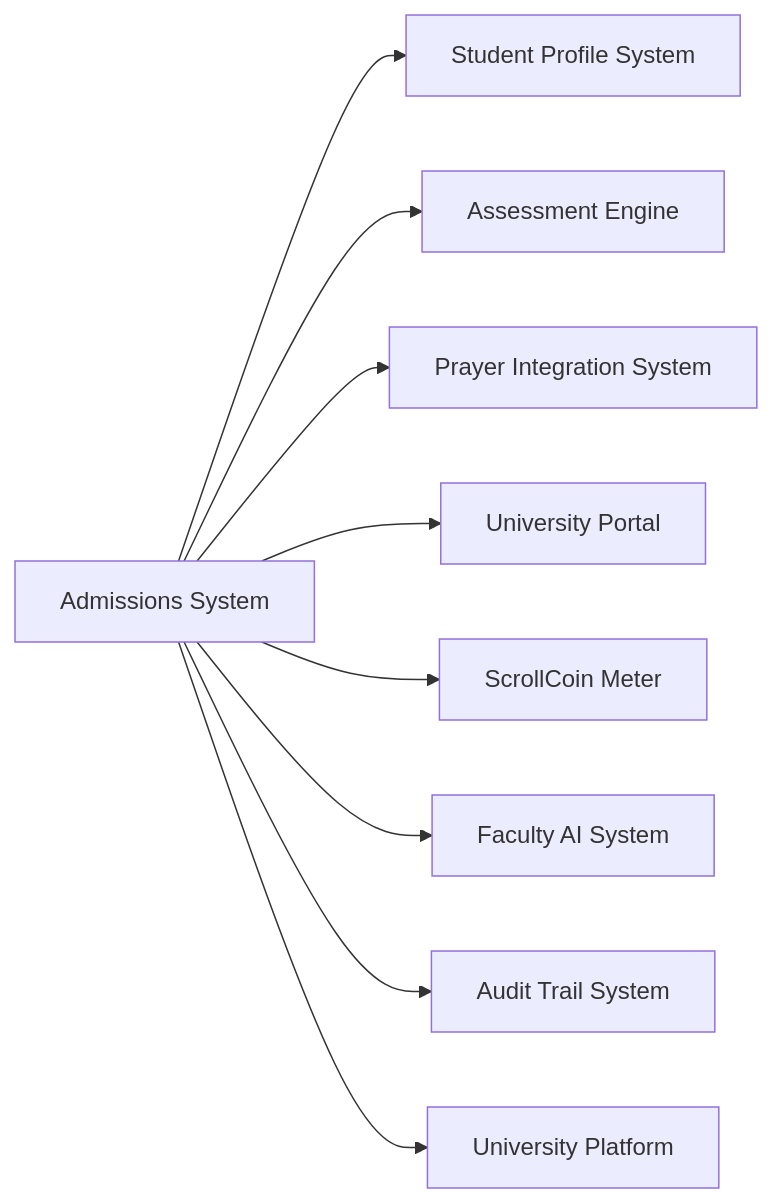
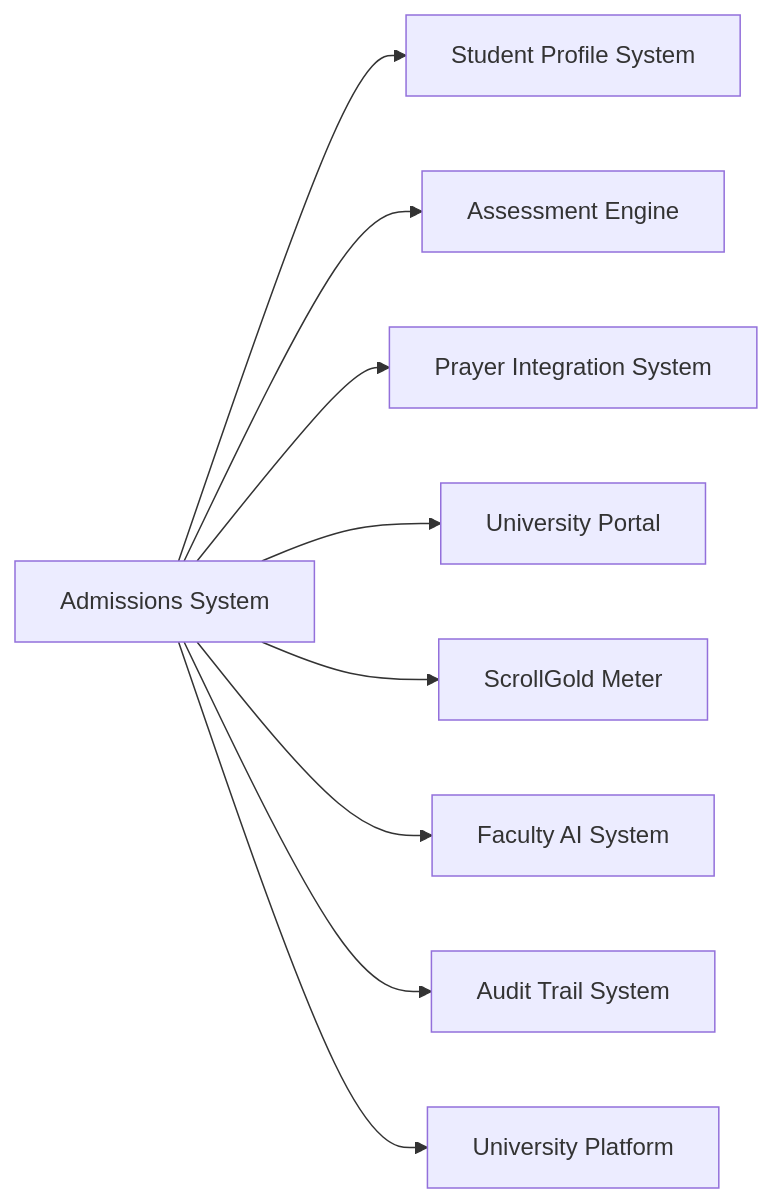
One commit to stanleymay20/zion-scroll-forge changed the second of 2 diagrams in .kiro/specs/scroll-admissions-spec/design.md. Above: the diagram before and after it, drawn with Mermaid. The commit also changed 1853 other files, not shown here.

````diff
--- a/.kiro/specs/scroll-admissions-spec/design.md
+++ b/.kiro/specs/scroll-admissions-spec/design.md
@@ -41,11 +41,11 @@
 ```mermaid
 graph LR
     A[Admissions System] --> B[Student Profile System]
     A --> C[Assessment Engine]
     A --> D[Prayer Integration System]
     A --> E[University Portal]
-    A --> F[ScrollCoin Meter]
+    A --> F[ScrollGold Meter]
     A --> G[Faculty AI System]
     A --> H[Audit Trail System]
     A --> I[University Platform]
 ```
````
